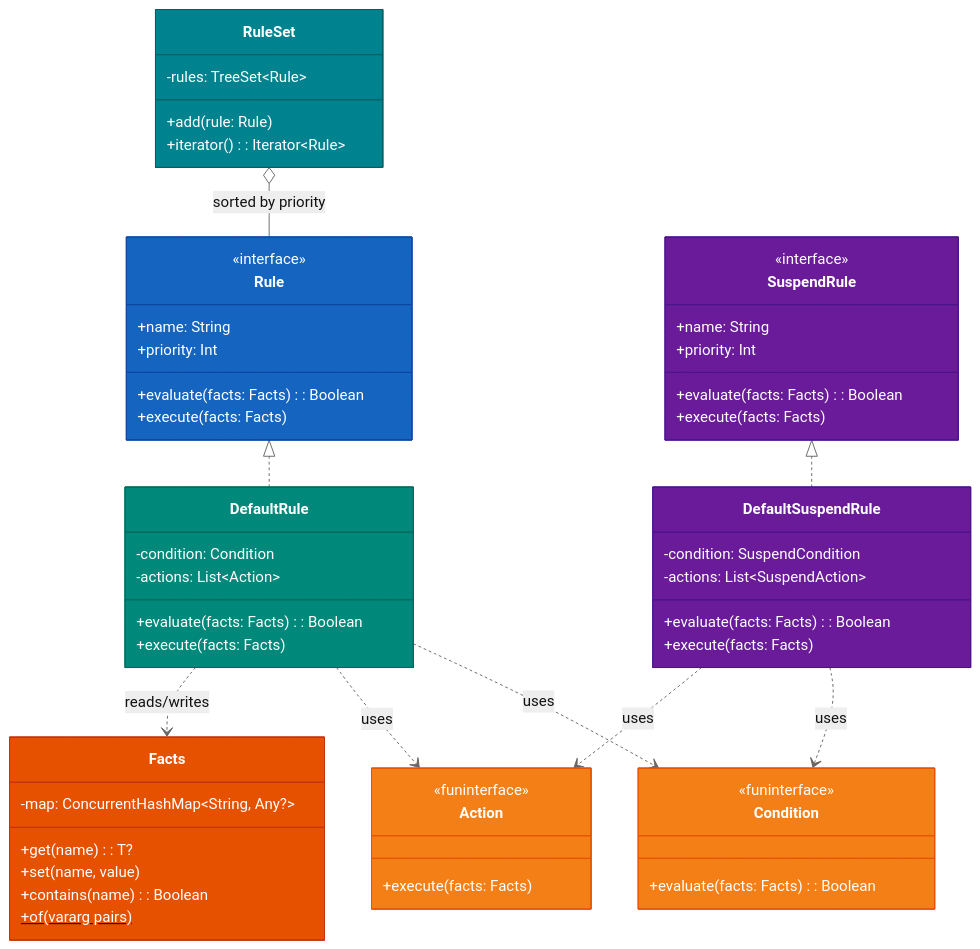
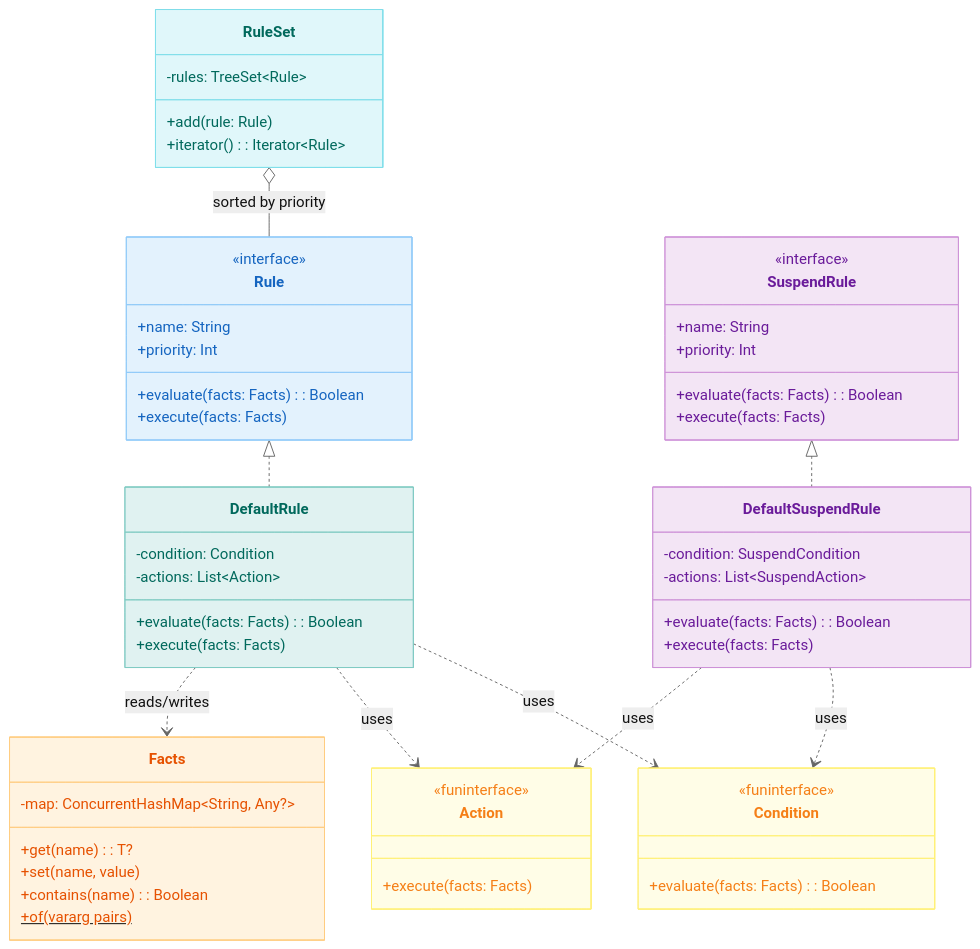
Before and after one commit to bluetape4k/bluetape4k-projects: the second of 8 diagrams in utils/rule-engine/README.md, drawn with Mermaid (neutral theme). The commit also changed other lines of this file and 219 other files, not shown here.

First line of the commit message:
docs: 전체 README Mermaid 다이어그램 가이드 적용

````diff
--- a/utils/rule-engine/README.md
+++ b/utils/rule-engine/README.md
@@ -48,74 +48,74 @@
 ```mermaid
 classDiagram
     class Rule {
         <<interface>>
         +name: String
         +priority: Int
         +evaluate(facts: Facts): Boolean
         +execute(facts: Facts)
     }
 
     class SuspendRule {
         <<interface>>
         +name: String
         +priority: Int
         +evaluate(facts: Facts): Boolean
         +execute(facts: Facts)
     }
 
     class DefaultRule {
         -condition: Condition
         -actions: List~Action~
         +evaluate(facts: Facts): Boolean
         +execute(facts: Facts)
     }
 
     class DefaultSuspendRule {
         -condition: SuspendCondition
         -actions: List~SuspendAction~
         +evaluate(facts: Facts): Boolean
         +execute(facts: Facts)
     }
 
     class Condition {
 <<funinterface>>
 +evaluate(facts: Facts): Boolean
 }
 
 class Action {
 <<funinterface>>
 +execute(facts: Facts)
 }
 
 class Facts {
 -map: ConcurrentHashMap~String, Any?~
 +get(name): T?
 +set(name, value)
 +contains(name): Boolean
 +of(vararg pairs)$
 }
 
 class RuleSet {
 -rules: TreeSet~Rule~
 +add(rule: Rule)
 +iterator(): Iterator~Rule~
 }
 
 Rule <|.. DefaultRule
 SuspendRule <|.. DefaultSuspendRule
 DefaultRule ..> Condition: uses
 DefaultRule ..> Action: uses
 DefaultSuspendRule ..> Condition : uses
 DefaultSuspendRule ..> Action: uses
 RuleSet o-- Rule: sorted by priority
 DefaultRule ..> Facts: reads/writes
 
-    style Rule fill:#1565C0,stroke:#0D47A1,color:#FFFFFF
-    style SuspendRule fill:#6A1B9A,stroke:#4A148C,color:#FFFFFF
-    style DefaultRule fill:#00897B,stroke:#00695C,color:#FFFFFF
-    style DefaultSuspendRule fill:#6A1B9A,stroke:#4A148C,color:#FFFFFF
-    style Condition fill:#F57F17,stroke:#E65100,color:#FFFFFF
-    style Action fill:#F57F17,stroke:#E65100,color:#FFFFFF
-    style Facts fill:#E65100,stroke:#BF360C,color:#FFFFFF
-    style RuleSet fill:#00838F,stroke:#006064,color:#FFFFFF
+    style Rule fill:#E3F2FD,stroke:#90CAF9,color:#1565C0
+    style SuspendRule fill:#F3E5F5,stroke:#CE93D8,color:#6A1B9A
+    style DefaultRule fill:#E0F2F1,stroke:#80CBC4,color:#00695C
+    style DefaultSuspendRule fill:#F3E5F5,stroke:#CE93D8,color:#6A1B9A
+    style Condition fill:#FFFDE7,stroke:#FFF176,color:#F57F17
+    style Action fill:#FFFDE7,stroke:#FFF176,color:#F57F17
+    style Facts fill:#FFF3E0,stroke:#FFCC80,color:#E65100
+    style RuleSet fill:#E0F7FA,stroke:#80DEEA,color:#00695C
 ```
````
